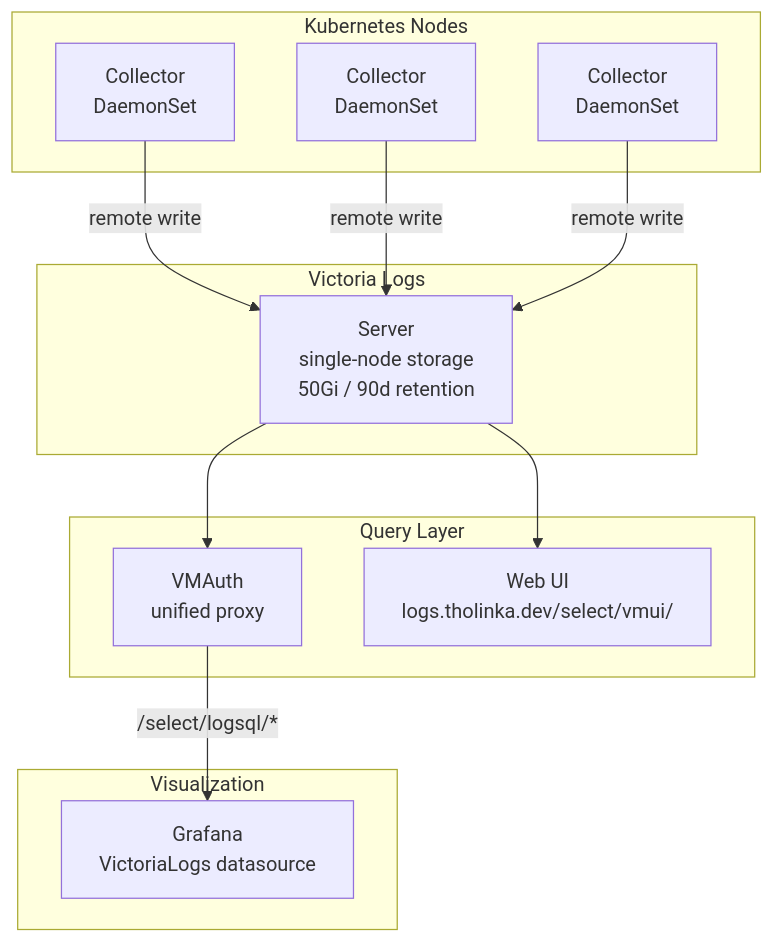
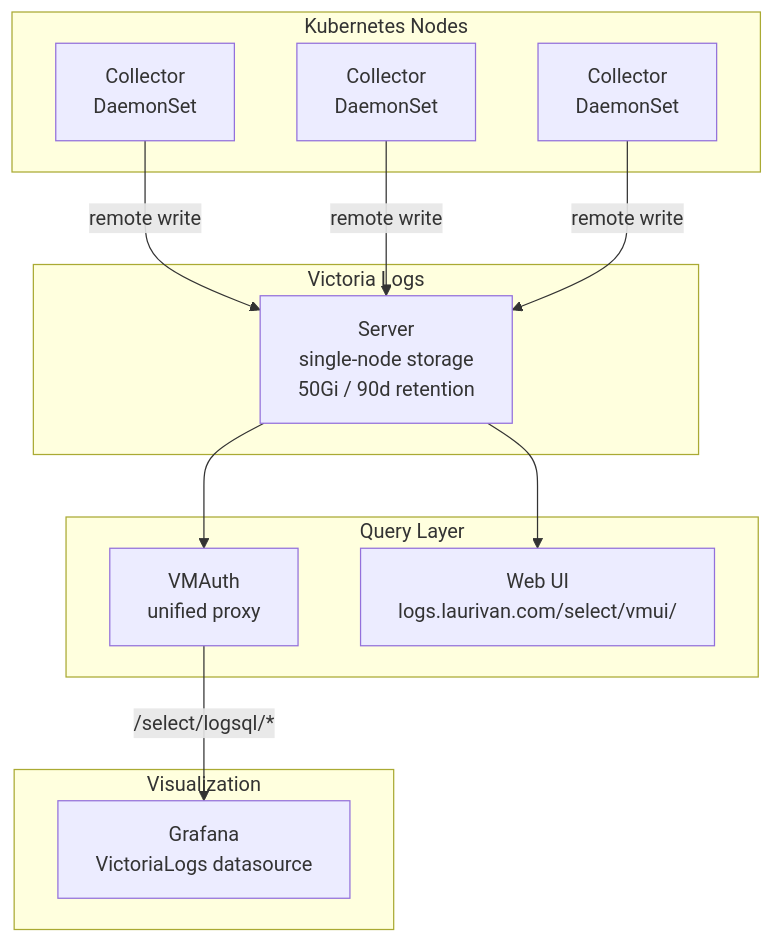
Before and after one commit to equinoxel/home-ops: the diagram in kubernetes/apps/observability/victoria-logs/README.md, drawn with Mermaid. The commit also changed other lines of this file and 3 other files, not shown here.

````diff
--- a/kubernetes/apps/observability/victoria-logs/README.md
+++ b/kubernetes/apps/observability/victoria-logs/README.md
@@ -9,28 +9,28 @@
 ```mermaid
 graph TD
     subgraph Kubernetes Nodes
         C1[Collector<br/>DaemonSet]
         C2[Collector<br/>DaemonSet]
         C3[Collector<br/>DaemonSet]
     end
 
     subgraph Victoria Logs
         VLS[Server<br/>single-node storage<br/>50Gi / 90d retention]
     end
 
     subgraph Query Layer
         VMAUTH[VMAuth<br/>unified proxy]
-        UI[Web UI<br/>logs.tholinka.dev/select/vmui/]
+        UI[Web UI<br/>logs.laurivan.com/select/vmui/]
     end
 
     subgraph Visualization
         GF[Grafana<br/>VictoriaLogs datasource]
     end
 
     C1 -->|remote write| VLS
     C2 -->|remote write| VLS
     C3 -->|remote write| VLS
     VLS --> UI
     VLS --> VMAUTH
     VMAUTH -->|/select/logsql/*| GF
 ```
````
